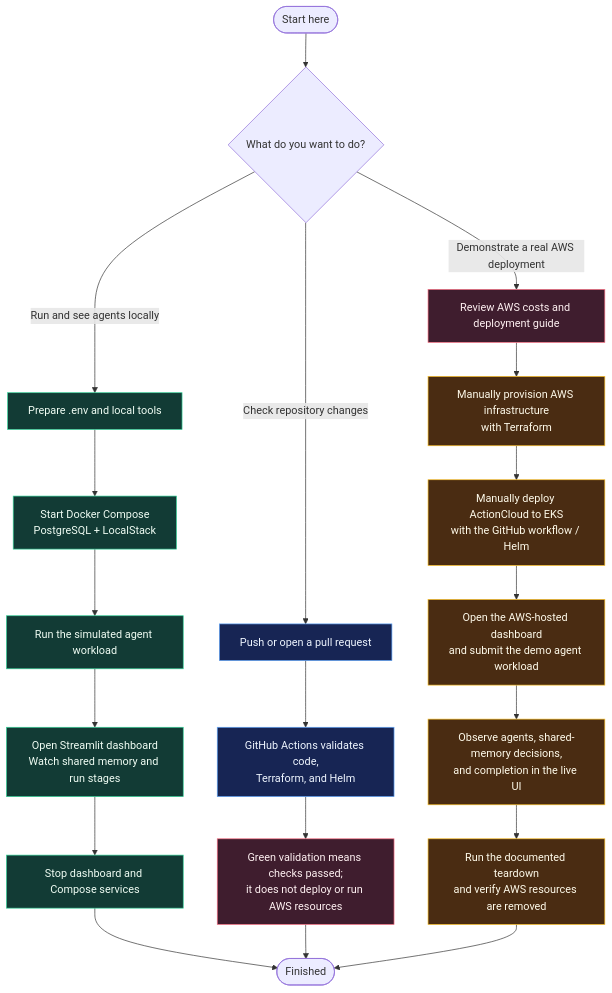
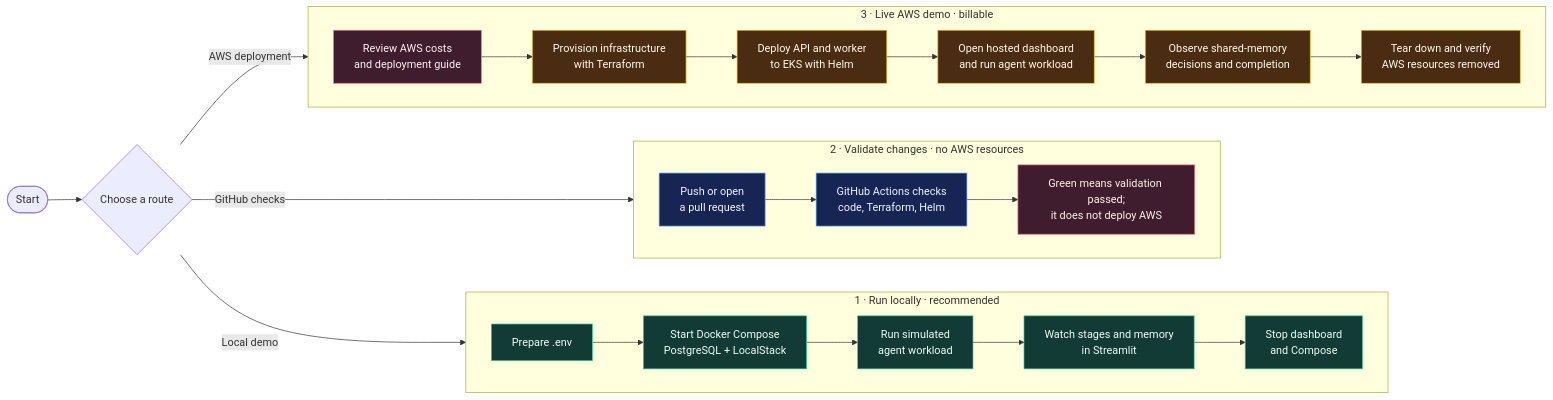
Before and after one commit to Ravish2807/Action-Cloud: the diagram in README.md, drawn with Mermaid. The commit also changed other lines of this file, not shown here.

Commit message:
docs: lay out workspace paths horizontally

````diff
--- a/README.md
+++ b/README.md
@@ -23,41 +23,46 @@
 ```mermaid
-flowchart TD
-    START([Start here]) --> CHOOSE{What do you want to do?}
+flowchart LR
+    START([Start]) --> CHOOSE{Choose a route}
 
-    CHOOSE -->|Run and see agents locally| LOCAL_ENV[Prepare .env and local tools]
-    LOCAL_ENV --> LOCAL_STACK[Start Docker Compose<br/>PostgreSQL + LocalStack]
-    LOCAL_STACK --> LOCAL_SIM[Run the simulated agent workload]
-    LOCAL_SIM --> LOCAL_UI[Open Streamlit dashboard<br/>Watch shared memory and run stages]
-    LOCAL_UI --> LOCAL_STOP[Stop dashboard and Compose services]
+    CHOOSE -->|Local demo| LOCAL_ENV
+    subgraph LOCAL["1 · Run locally · recommended"]
+        direction LR
+        LOCAL_ENV[Prepare .env] --> LOCAL_STACK[Start Docker Compose<br/>PostgreSQL + LocalStack]
+        LOCAL_STACK --> LOCAL_SIM[Run simulated<br/>agent workload]
+        LOCAL_SIM --> LOCAL_UI[Watch stages and memory<br/>in Streamlit]
+        LOCAL_UI --> LOCAL_STOP[Stop dashboard<br/>and Compose]
+    end
 
-    CHOOSE -->|Check repository changes| PUSH[Push or open a pull request]
-    PUSH --> CI[GitHub Actions validates code,<br/>Terraform, and Helm]
-    CI --> CI_NOTE[Green validation means checks passed;<br/>it does not deploy or run AWS resources]
+    CHOOSE -->|GitHub checks| PUSH
+    subgraph CI_PATH["2 · Validate changes · no AWS resources"]
+        direction LR
+        PUSH[Push or open<br/>a pull request] --> CI[GitHub Actions checks<br/>code, Terraform, Helm]
+        CI --> CI_NOTE[Green means validation passed;<br/>it does not deploy AWS]
+    end
 
-    CHOOSE -->|Demonstrate a real AWS deployment| COST[Review AWS costs and deployment guide]
-    COST --> APPLY[Manually provision AWS infrastructure<br/>with Terraform]
-    APPLY --> DEPLOY[Manually deploy ActionCloud to EKS<br/>with the GitHub workflow / Helm]
-    DEPLOY --> AWS_UI[Open the AWS-hosted dashboard<br/>and submit the demo agent workload]
-    AWS_UI --> OBSERVE[Observe agents, shared-memory decisions,<br/>and completion in the live UI]
-    OBSERVE --> DESTROY[Run the documented teardown<br/>and verify AWS resources are removed]
-
-    LOCAL_STOP --> DONE([Finished])
-    CI_NOTE --> DONE
-    DESTROY --> DONE
+    CHOOSE -->|AWS deployment| COST
+    subgraph AWS_PATH["3 · Live AWS demo · billable"]
+        direction LR
+        COST[Review AWS costs<br/>and deployment guide] --> APPLY[Provision infrastructure<br/>with Terraform]
+        APPLY --> DEPLOY[Deploy API and worker<br/>to EKS with Helm]
+        DEPLOY --> AWS_UI[Open hosted dashboard<br/>and run agent workload]
+        AWS_UI --> OBSERVE[Observe shared-memory<br/>decisions and completion]
+        OBSERVE --> DESTROY[Tear down and verify<br/>AWS resources removed]
+    end
 
     classDef local fill:#123b35,stroke:#34d399,color:#f0fdf4
     classDef ci fill:#172554,stroke:#60a5fa,color:#eff6ff
     classDef aws fill:#4a2c12,stroke:#fbbf24,color:#fffbeb
     classDef caution fill:#3f1d2e,stroke:#fb7185,color:#fff1f2
     class LOCAL_ENV,LOCAL_STACK,LOCAL_SIM,LOCAL_UI,LOCAL_STOP local
     class PUSH,CI,CI_NOTE ci
     class COST,APPLY,DEPLOY,AWS_UI,OBSERVE,DESTROY aws
     class COST,CI_NOTE caution
 
     click LOCAL_ENV "dashboard/README.md" "Open local dashboard and demo instructions"
     click LOCAL_UI "dashboard/README.md" "Open local dashboard and demo instructions"
     click COST "infra/README.md" "Review AWS deployment, costs, validation, and teardown"
     click APPLY "infra/README.md" "Review AWS deployment, costs, validation, and teardown"
     click DEPLOY "infra/README.md" "Review AWS deployment, costs, validation, and teardown"
     click DESTROY "infra/README.md" "Review AWS deployment, costs, validation, and teardown"
 ```
````
